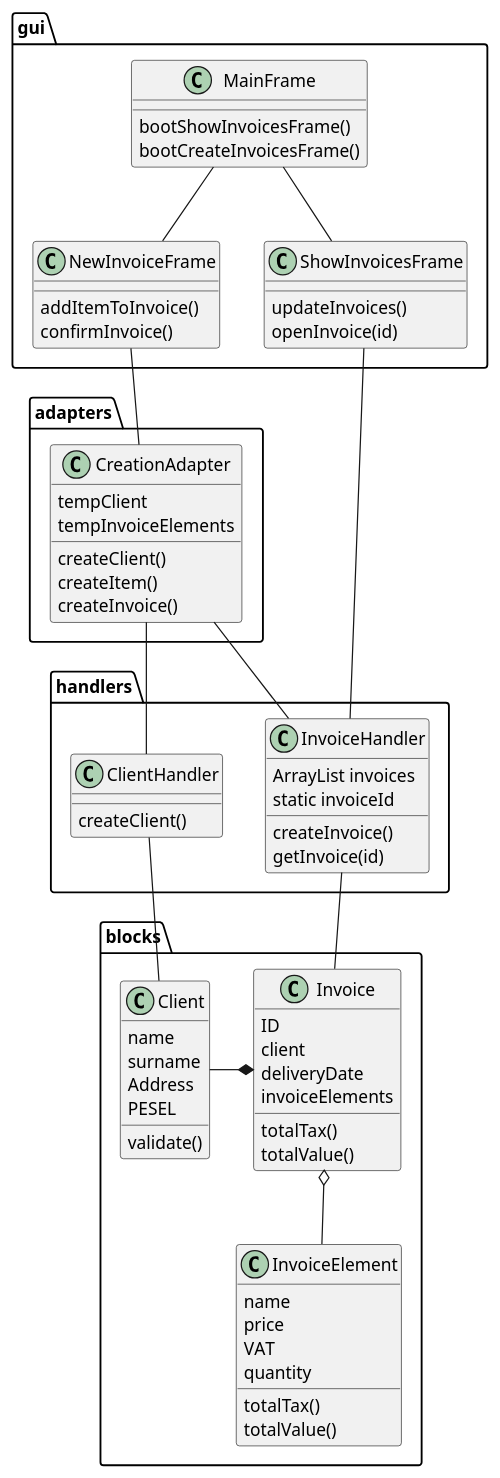
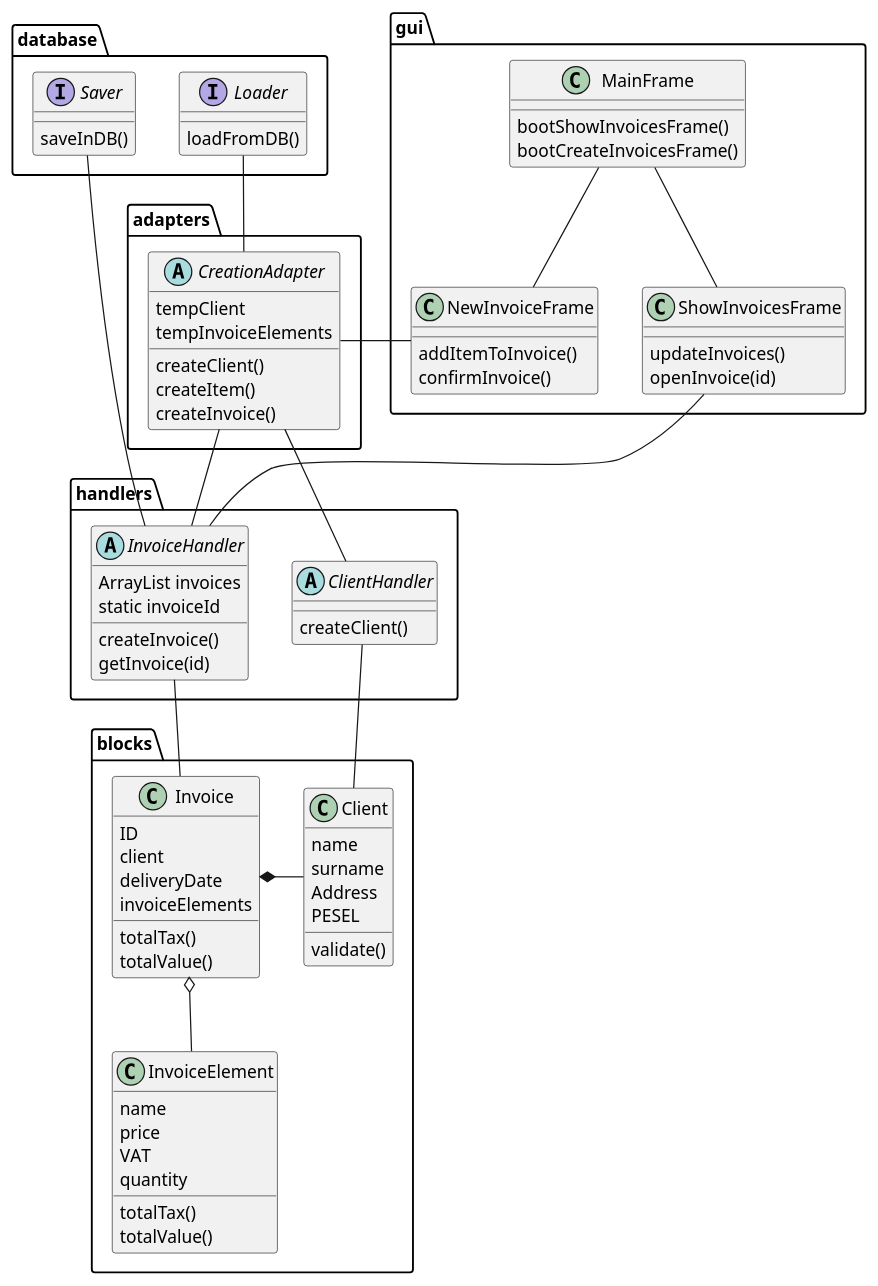
One commit to Fermento99/TP changed the diagram in faktura/UML/class.puml. Above: the diagram before and after it, drawn with PlantUML. The commit also changed 1 other file, not shown here.

Commit message:
typo added database interfaces to uml

```diff
--- a/faktura/UML/class.puml
+++ b/faktura/UML/class.puml
@@ -1,76 +1,85 @@
 @startuml
 
 class blocks.Invoice {
     ID
     client
     deliveryDate
     invoiceElements
     totalTax()
     totalValue()
 }
 
 class blocks.Client {
     name
     surname
     Address
     PESEL
     validate()
 }
 
 class blocks.InvoiceElement{
     name
     price
     VAT
     quantity
     totalTax()
     totalValue()
 }
 
-class handlers.InvoiceHandler{
+abstract handlers.InvoiceHandler{
     ArrayList invoices
     static invoiceId
     createInvoice()
     getInvoice(id)
 }
 
-class handlers.ClientHandler{
+abstract handlers.ClientHandler{
     createClient()
 }
 
-class adapters.CreationAdapter {
+abstract adapters.CreationAdapter {
     tempClient
     tempInvoiceElements
     createClient()
     createItem()
     createInvoice()
 
 }
 
 
 class gui.MainFrame{
     bootShowInvoicesFrame()
     bootCreateInvoicesFrame()
 }
 
 class gui.NewInvoiceFrame {
     addItemToInvoice()
     confirmInvoice()
 }
 
 class gui.ShowInvoicesFrame {
     updateInvoices()
     openInvoice(id)
 }
 
+interface database.Loader {
+    loadFromDB()
+}
+interface database.Saver {
+    saveInDB()
+}
+
 gui.NewInvoiceFrame - adapters.CreationAdapter
 gui.MainFrame -- gui.ShowInvoicesFrame
 gui.MainFrame -- gui.NewInvoiceFrame
-gui.ShowInvoicesFrame --- handlers.InvoiceHandler
+gui.ShowInvoicesFrame -- handlers.InvoiceHandler
 adapters.CreationAdapter -- handlers.ClientHandler
 adapters.CreationAdapter -- handlers.InvoiceHandler
 blocks.Invoice *- blocks.Client
 blocks.Invoice o-- blocks.InvoiceElement
 handlers.InvoiceHandler -- blocks.Invoice
 handlers.ClientHandler -- blocks.Client
+database.Loader -- adapters.CreationAdapter
+database.Saver - handlers.InvoiceHandler
 
 @enduml
```
